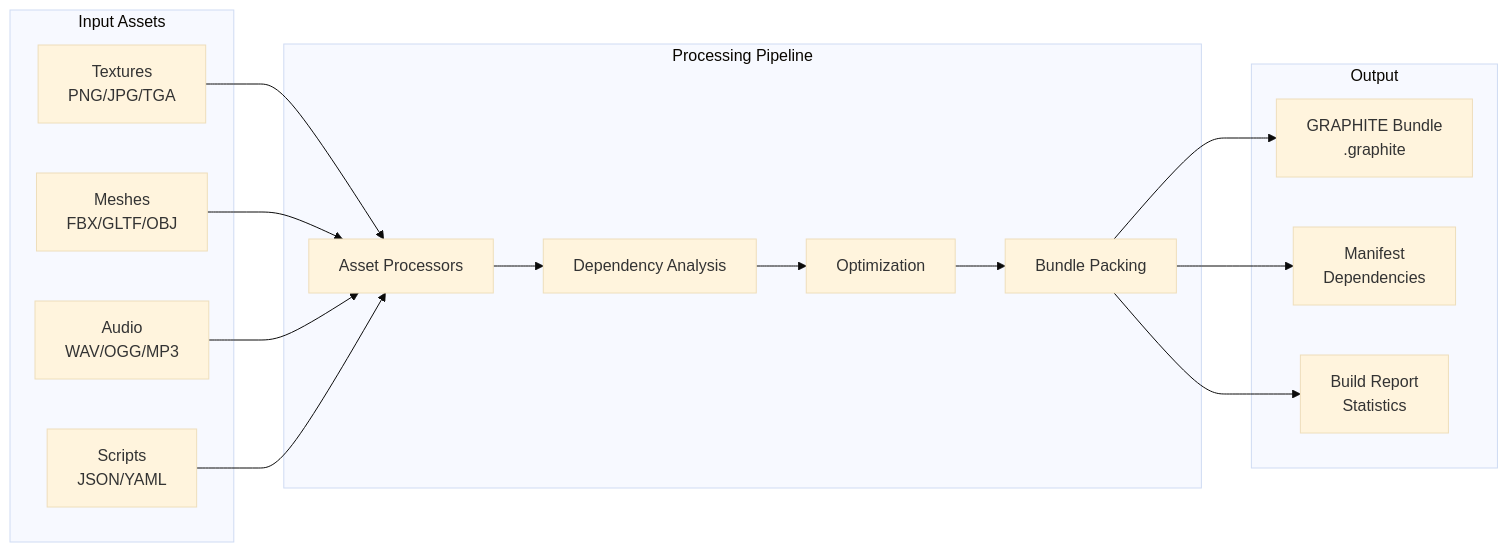
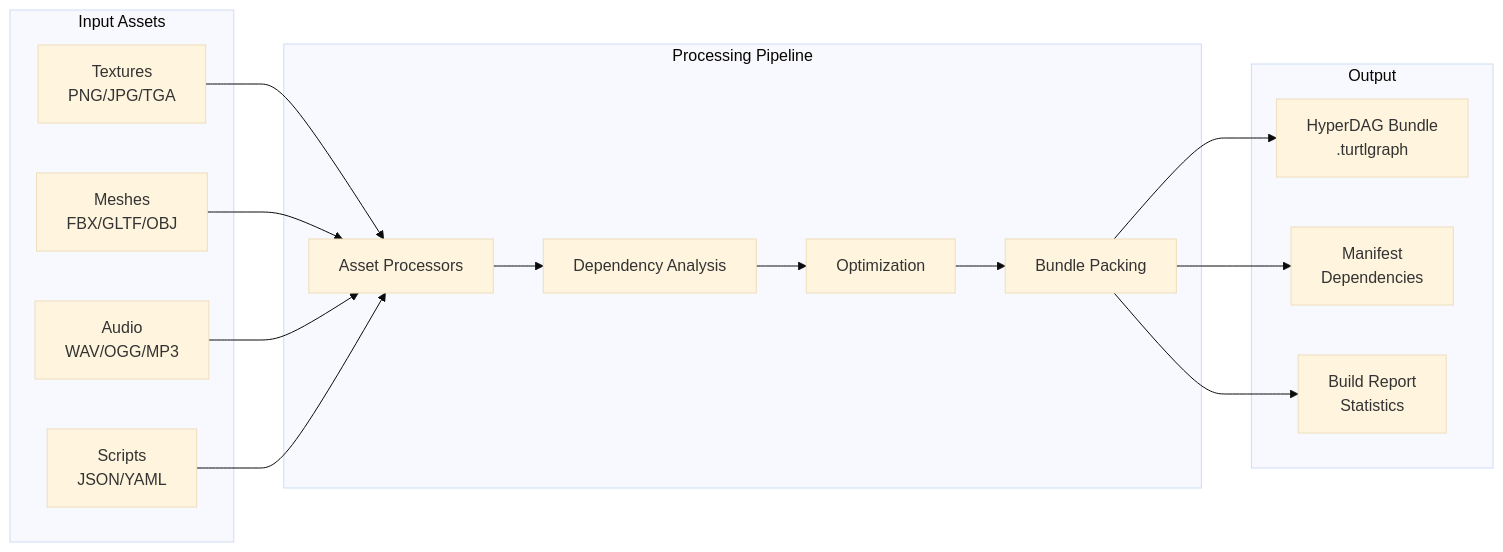
One commit to turtlgraph/docs changed the diagram in volumes/volume-2-development-integration/part-5-development-tools.md. Above: the diagram before and after it, drawn with Mermaid (base theme). The commit also changed other lines of this file and 10 other files, not shown here.

First line of the commit message:
docs: Replace all GRAPHITE references with TurtlGraph/HyperDAG

````diff
--- a/volumes/volume-2-development-integration/part-5-development-tools.md
+++ b/volumes/volume-2-development-integration/part-5-development-tools.md
@@ -39,35 +39,35 @@
 ```mermaid
 graph LR
     subgraph "Input Assets"
         TEX["Textures<br/>PNG/JPG/TGA"]
         MESH["Meshes<br/>FBX/GLTF/OBJ"]
         AUDIO["Audio<br/>WAV/OGG/MP3"]
         SCRIPTS["Scripts<br/>JSON/YAML"]
     end
     
     subgraph "Processing Pipeline"
         PROC["Asset Processors"]
         DEPS["Dependency Analysis"]
         OPT["Optimization"]
         PACK["Bundle Packing"]
     end
     
     subgraph "Output"
-        BUNDLE["GRAPHITE Bundle<br/>.graphite"]
+        BUNDLE["HyperDAG Bundle<br/>.turtlgraph"]
         MANIFEST["Manifest<br/>Dependencies"]
         REPORT["Build Report<br/>Statistics"]
     end
     
     TEX --> PROC
     MESH --> PROC
     AUDIO --> PROC
     SCRIPTS --> PROC
     
     PROC --> DEPS
     DEPS --> OPT
     OPT --> PACK
     
     PACK --> BUNDLE
     PACK --> MANIFEST
     PACK --> REPORT
 ```
````
